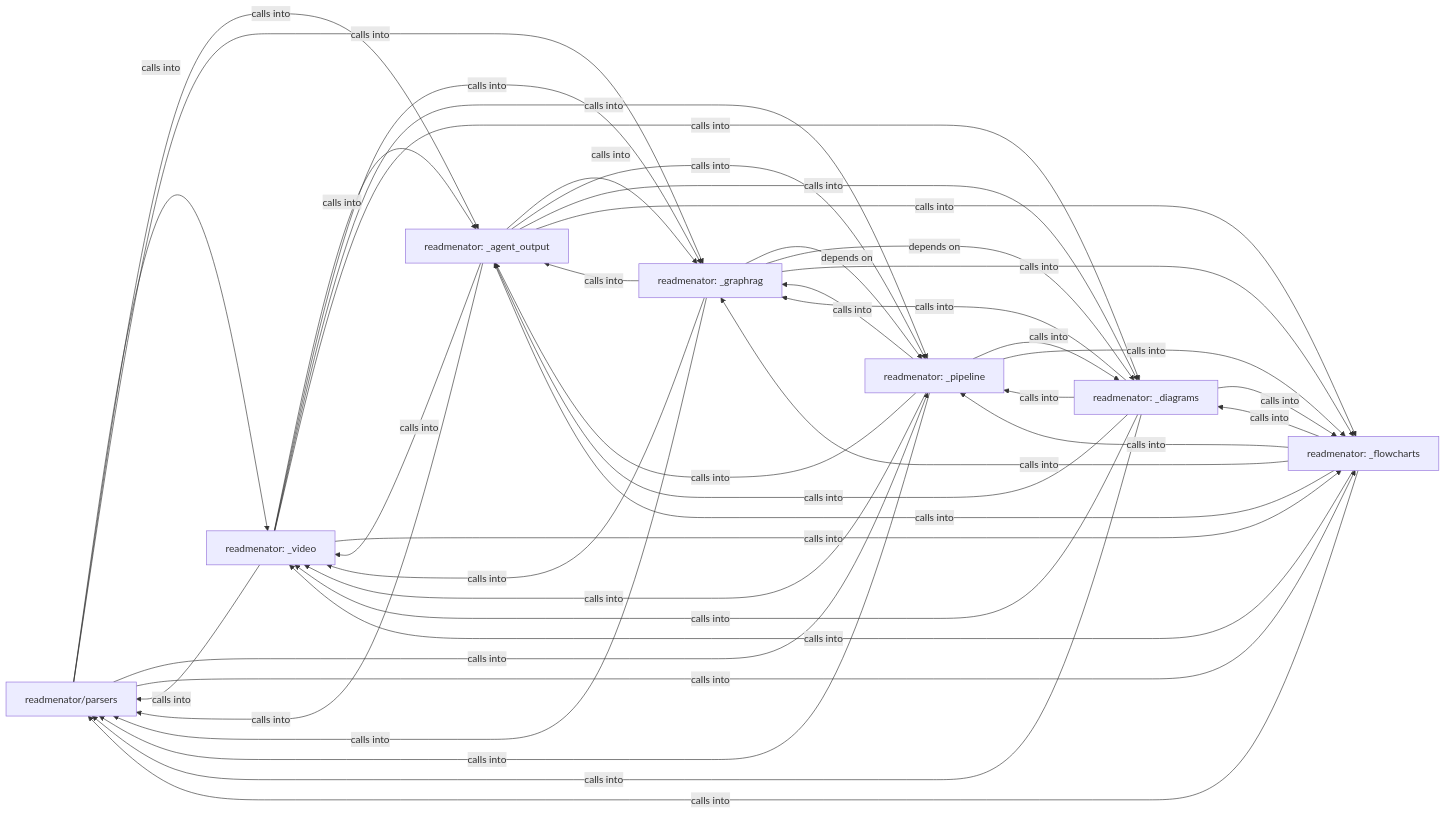
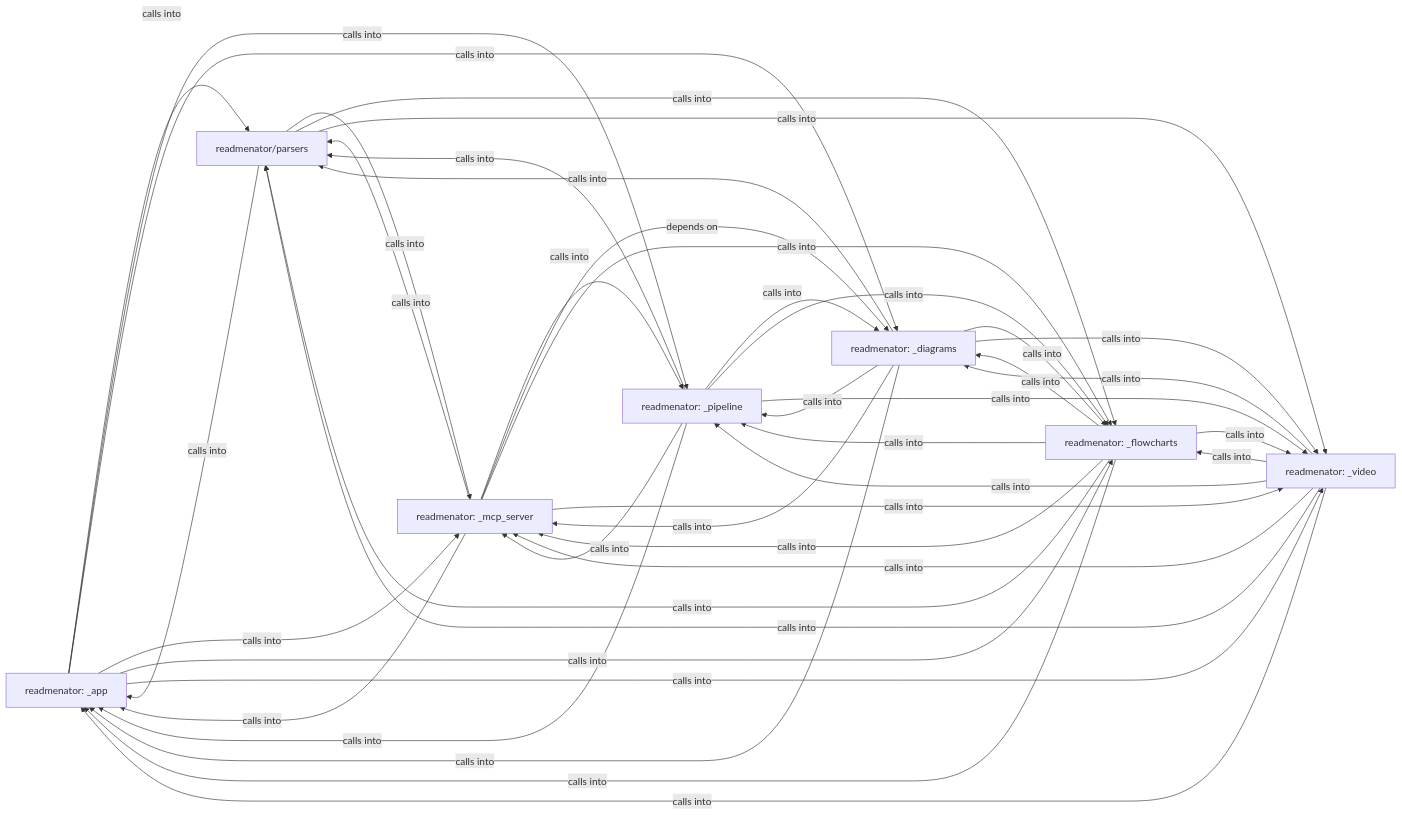
Before and after one commit to grisuno/ReadMenator: the diagram in readmenator-maps/md/readmenator-diagrams/overview.md, drawn with Mermaid. The commit also changed other lines of this file and 264 other files, not shown here.

````diff
--- a/readmenator-maps/md/readmenator-diagrams/overview.md
+++ b/readmenator-maps/md/readmenator-diagrams/overview.md
@@ -1,58 +1,57 @@
 ```mermaid
 graph LR
+    readmenator__app["readmenator: _app"]
     readmenator_parsers["readmenator/parsers"]
-    readmenator__video["readmenator: _video"]
-    readmenator__agent_output["readmenator: _agent_output"]
-    readmenator__graphrag["readmenator: _graphrag"]
     readmenator__pipeline["readmenator: _pipeline"]
     readmenator__diagrams["readmenator: _diagrams"]
+    readmenator__mcp_server["readmenator: _mcp_server"]
     readmenator__flowcharts["readmenator: _flowcharts"]
+    readmenator__video["readmenator: _video"]
+    readmenator__app -- "calls into" --> readmenator_parsers
+    readmenator__app -- "calls into" --> readmenator__pipeline
+    readmenator__app -- "calls into" --> readmenator__diagrams
+    readmenator__app -- "calls into" --> readmenator__mcp_server
+    readmenator__app -- "calls into" --> readmenator__flowcharts
+    readmenator__app -- "calls into" --> readmenator__video
+    readmenator_parsers -- "calls into" --> readmenator__app
+    readmenator_parsers -- "calls into" --> readmenator__mcp_server
+    readmenator_parsers -- "calls into" --> readmenator__flowcharts
     readmenator_parsers -- "calls into" --> readmenator__video
-    readmenator_parsers -- "calls into" --> readmenator__agent_output
-    readmenator_parsers -- "calls into" --> readmenator__graphrag
-    readmenator_parsers -- "calls into" --> readmenator__pipeline
-    readmenator_parsers -- "calls into" --> readmenator__flowcharts
+    readmenator__pipeline -- "calls into" --> readmenator__app
+    readmenator__pipeline -- "calls into" --> readmenator_parsers
+    readmenator__pipeline -- "calls into" --> readmenator__diagrams
+    readmenator__pipeline -- "calls into" --> readmenator__mcp_server
+    readmenator__pipeline -- "calls into" --> readmenator__flowcharts
+    readmenator__pipeline -- "calls into" --> readmenator__video
+    readmenator__diagrams -- "calls into" --> readmenator__app
+    readmenator__diagrams -- "calls into" --> readmenator_parsers
+    readmenator__diagrams -- "calls into" --> readmenator__pipeline
+    readmenator__diagrams -- "calls into" --> readmenator__mcp_server
+    readmenator__diagrams -- "calls into" --> readmenator__flowcharts
+    readmenator__diagrams -- "calls into" --> readmenator__video
+    readmenator__mcp_server -- "calls into" --> readmenator__app
+    readmenator__mcp_server -- "calls into" --> readmenator_parsers
+    readmenator__mcp_server -- "calls into" --> readmenator__pipeline
+    readmenator__mcp_server -- "depends on" --> readmenator__diagrams
+    readmenator__mcp_server -- "calls into" --> readmenator__flowcharts
+    readmenator__mcp_server -- "calls into" --> readmenator__video
+    readmenator__flowcharts -- "calls into" --> readmenator__app
+    readmenator__flowcharts -- "calls into" --> readmenator_parsers
+    readmenator__flowcharts -- "calls into" --> readmenator__pipeline
+    readmenator__flowcharts -- "calls into" --> readmenator__diagrams
+    readmenator__flowcharts -- "calls into" --> readmenator__mcp_server
+    readmenator__flowcharts -- "calls into" --> readmenator__video
+    readmenator__video -- "calls into" --> readmenator__app
     readmenator__video -- "calls into" --> readmenator_parsers
-    readmenator__video -- "calls into" --> readmenator__agent_output
-    readmenator__video -- "calls into" --> readmenator__graphrag
     readmenator__video -- "calls into" --> readmenator__pipeline
     readmenator__video -- "calls into" --> readmenator__diagrams
+    readmenator__video -- "calls into" --> readmenator__mcp_server
     readmenator__video -- "calls into" --> readmenator__flowcharts
-    readmenator__agent_output -- "calls into" --> readmenator_parsers
-    readmenator__agent_output -- "calls into" --> readmenator__video
-    readmenator__agent_output -- "calls into" --> readmenator__graphrag
-    readmenator__agent_output -- "calls into" --> readmenator__pipeline
-    readmenator__agent_output -- "calls into" --> readmenator__diagrams
-    readmenator__agent_output -- "calls into" --> readmenator__flowcharts
-    readmenator__graphrag -- "calls into" --> readmenator_parsers
-    readmenator__graphrag -- "calls into" --> readmenator__video
-    readmenator__graphrag -- "calls into" --> readmenator__agent_output
-    readmenator__graphrag -- "depends on" --> readmenator__pipeline
-    readmenator__graphrag -- "depends on" --> readmenator__diagrams
-    readmenator__graphrag -- "calls into" --> readmenator__flowcharts
-    readmenator__pipeline -- "calls into" --> readmenator_parsers
-    readmenator__pipeline -- "calls into" --> readmenator__video
-    readmenator__pipeline -- "calls into" --> readmenator__agent_output
-    readmenator__pipeline -- "calls into" --> readmenator__graphrag
-    readmenator__pipeline -- "calls into" --> readmenator__diagrams
-    readmenator__pipeline -- "calls into" --> readmenator__flowcharts
-    readmenator__diagrams -- "calls into" --> readmenator_parsers
-    readmenator__diagrams -- "calls into" --> readmenator__video
-    readmenator__diagrams -- "calls into" --> readmenator__agent_output
-    readmenator__diagrams -- "calls into" --> readmenator__graphrag
-    readmenator__diagrams -- "calls into" --> readmenator__pipeline
-    readmenator__diagrams -- "calls into" --> readmenator__flowcharts
-    readmenator__flowcharts -- "calls into" --> readmenator_parsers
-    readmenator__flowcharts -- "calls into" --> readmenator__video
-    readmenator__flowcharts -- "calls into" --> readmenator__agent_output
-    readmenator__flowcharts -- "calls into" --> readmenator__graphrag
-    readmenator__flowcharts -- "calls into" --> readmenator__pipeline
-    readmenator__flowcharts -- "calls into" --> readmenator__diagrams
+    click readmenator__app href "./readmenator__app.md" "Details"
     click readmenator_parsers href "./readmenator_parsers.md" "Details"
-    click readmenator__video href "./readmenator__video.md" "Details"
-    click readmenator__agent_output href "./readmenator__agent_output.md" "Details"
-    click readmenator__graphrag href "./readmenator__graphrag.md" "Details"
     click readmenator__pipeline href "./readmenator__pipeline.md" "Details"
     click readmenator__diagrams href "./readmenator__diagrams.md" "Details"
+    click readmenator__mcp_server href "./readmenator__mcp_server.md" "Details"
     click readmenator__flowcharts href "./readmenator__flowcharts.md" "Details"
+    click readmenator__video href "./readmenator__video.md" "Details"
 ```
````
